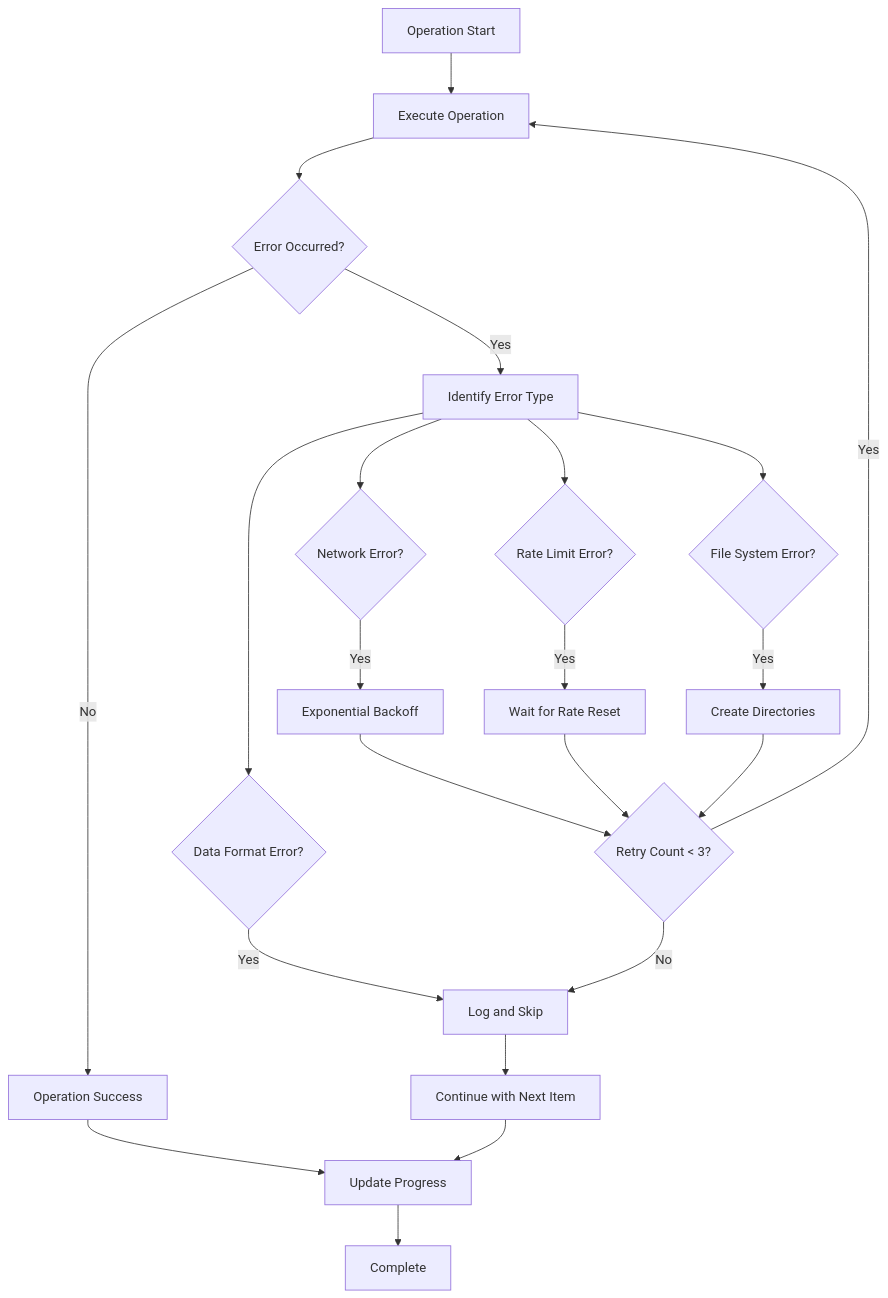
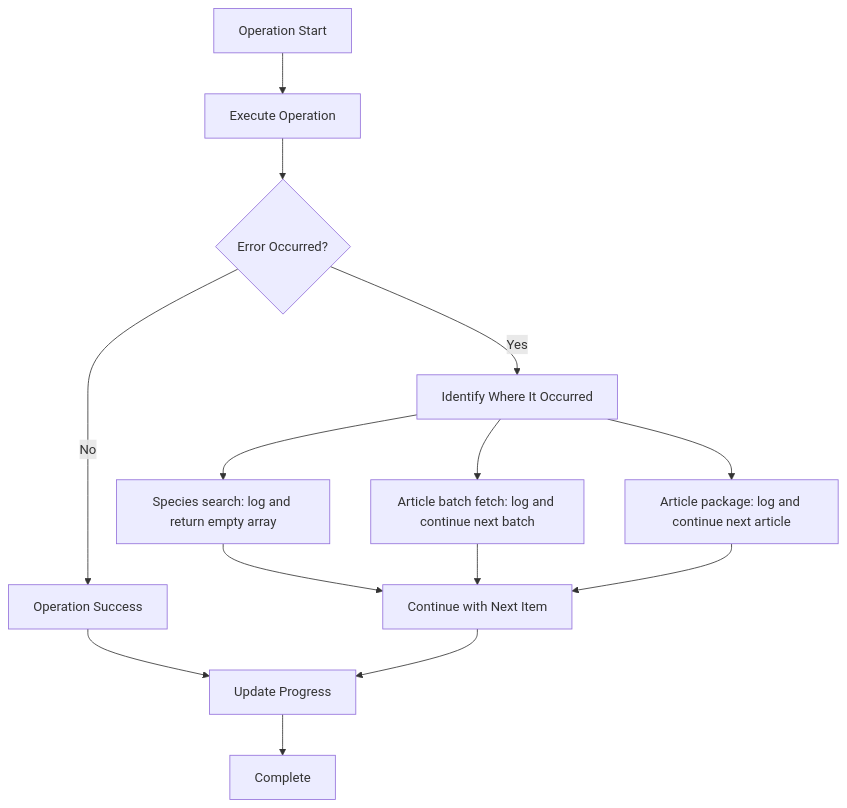
Before and after one commit to AlexJSully/Publication-Figure-Retrieval: the seventh of 12 diagrams in docs/architecture/pipelines.md, drawn with Mermaid. The commit also changed other lines of this file and 10 other files, not shown here.

````diff
--- a/docs/architecture/pipelines.md
+++ b/docs/architecture/pipelines.md
@@ -173,30 +184,22 @@
 ```mermaid
 graph TD
+    accTitle: Error Recovery Workflow
+    accDescr: When an operation runs and an error occurs, the tool identifies where it happened and logs it with console.error or console.log, then continues with the next item. A species search error returns an empty array, a batch fetch error continues with the next batch, and an article package error continues with the next article. Missing output and cache directories are created on demand before writes. The tool does not back off or retry.
+
     A[Operation Start] --> B[Execute Operation]
     B --> C{Error Occurred?}
 
     C -->|No| D[Operation Success]
-    C -->|Yes| E[Identify Error Type]
+    C -->|Yes| E[Identify Where It Occurred]
 
-    E --> F{Network Error?}
-    E --> G{Rate Limit Error?}
-    E --> H{Data Format Error?}
-    E --> I{File System Error?}
+    E --> F[Species search: log and return empty array]
+    E --> G[Article batch fetch: log and continue next batch]
+    E --> H[Article package: log and continue next article]
 
-    F -->|Yes| J[Exponential Backoff]
-    G -->|Yes| K[Wait for Rate Reset]
-    H -->|Yes| L[Log and Skip]
-    I -->|Yes| M[Create Directories]
-
-    J --> N{Retry Count < 3?}
-    K --> N
-    M --> N
-
-    N -->|Yes| B
-    N -->|No| L
-
-    L --> O[Continue with Next Item]
+    F --> O[Continue with Next Item]
+    G --> O
+    H --> O
     D --> P[Update Progress]
     O --> P
     P --> Q[Complete]
 ```
````
